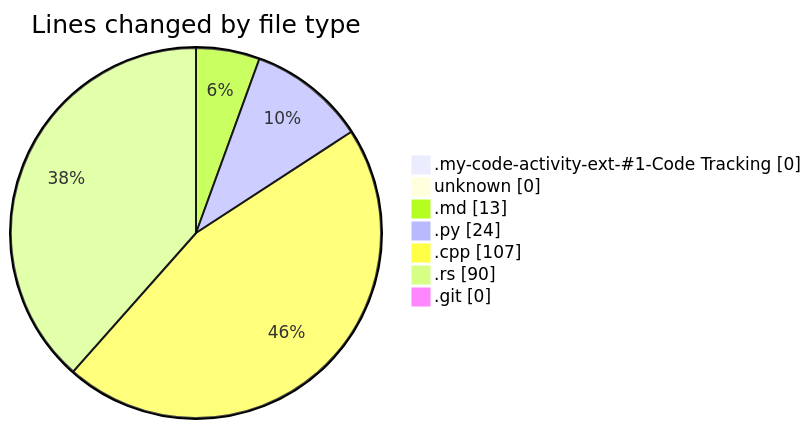
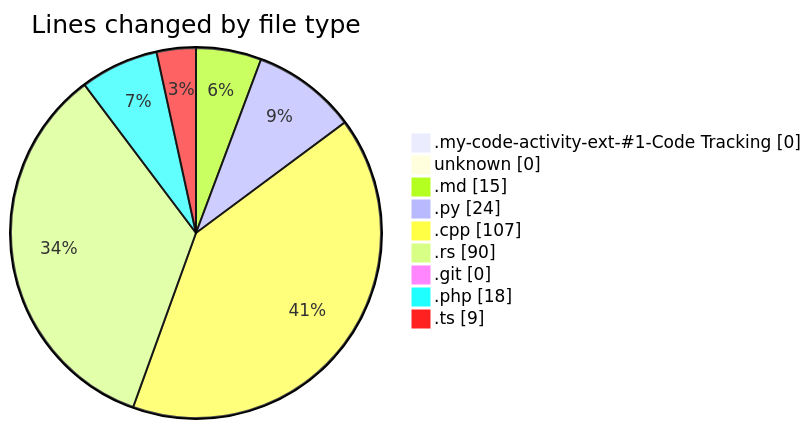
Before and after one commit to ernivani/code-tracking: the first of 2 diagrams in repositories/2024-12-26/leetcode-solutions/README.md, drawn with Mermaid. The commit also changed other lines of this file and 1 other file, not shown here.

````diff
--- a/repositories/2024-12-26/leetcode-solutions/README.md
+++ b/repositories/2024-12-26/leetcode-solutions/README.md
@@ -30,11 +34,13 @@
 ```mermaid
 pie showData
 title Lines changed by file type
 ".my-code-activity-ext-#1-Code Tracking" : 0
 "unknown" : 0
-".md" : 13
+".md" : 15
 ".py" : 24
 ".cpp" : 107
 ".rs" : 90
 ".git" : 0
+".php" : 18
+".ts" : 9
 ```
````
